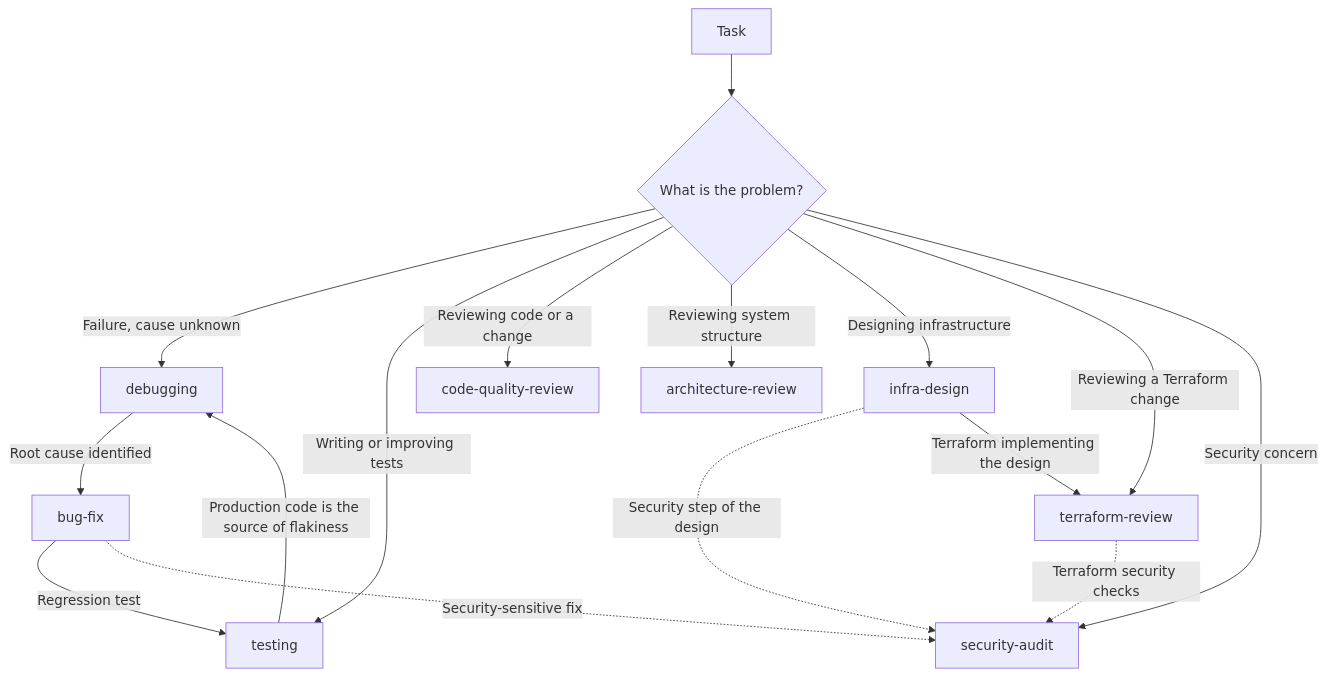
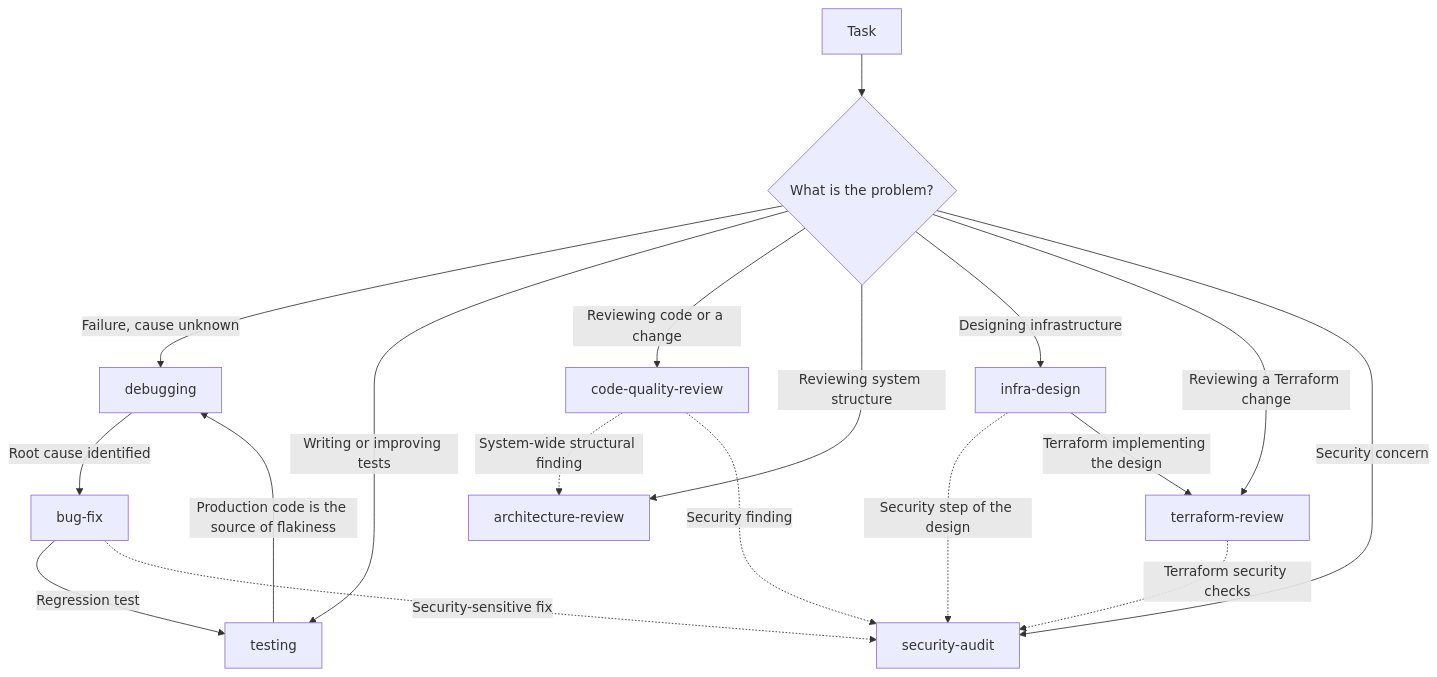
The diagram in README.md (thixpin/claude-config), drawn with Mermaid before and after one commit. The commit also changed other lines of this file and 2 other files, not shown here.

Commit message:
docs: fix template pointer and close README/scope drift

````diff
--- a/README.md
+++ b/README.md
@@ -157,22 +158,24 @@
 ```mermaid
 flowchart TD
     A[Task] --> B{What is the problem?}
 
     B -->|Failure, cause unknown| C[debugging]
     C -->|Root cause identified| D[bug-fix]
     D -->|Regression test| E[testing]
 
     B -->|Writing or improving tests| E
     E -->|Production code is the source of flakiness| C
 
     B -->|Reviewing code or a change| F[code-quality-review]
     B -->|Reviewing system structure| G[architecture-review]
     B -->|Designing infrastructure| I[infra-design]
     B -->|Reviewing a Terraform change| J[terraform-review]
     B -->|Security concern| H[security-audit]
 
+    F -.->|System-wide structural finding| G
+    F -.->|Security finding| H
     D -.->|Security-sensitive fix| H
     I -.->|Security step of the design| H
     I -->|Terraform implementing the design| J
     J -.->|Terraform security checks| H
 ```
````
